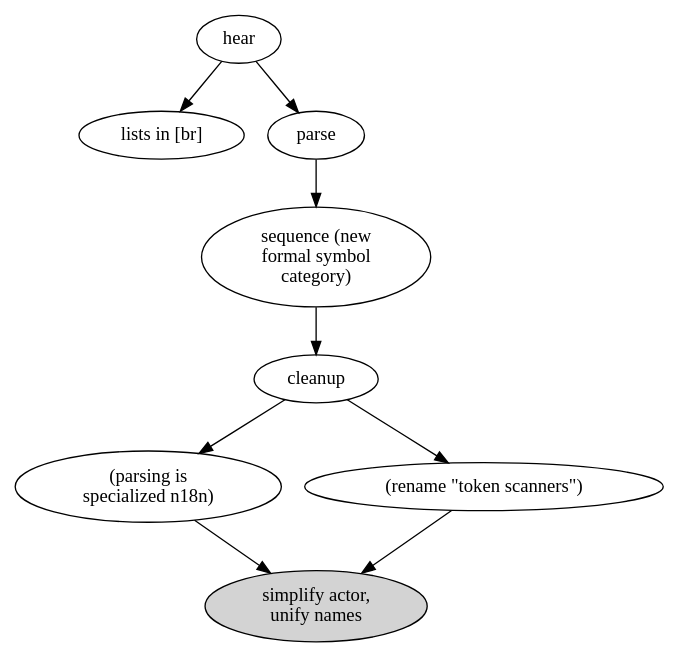
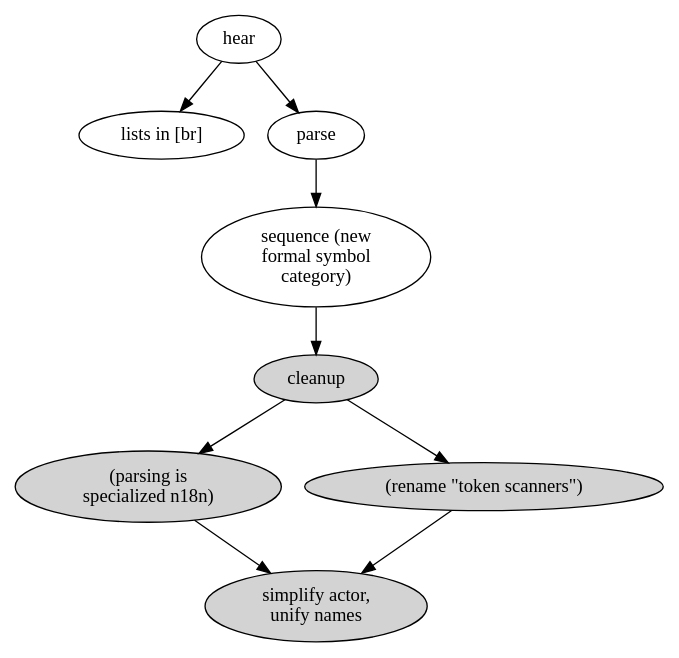
One commit to hipe/tmx changed the diagram in doc/the-big-picture-of-now-03.dot. Above: the diagram before and after it, drawn with Graphviz. The commit also changed 26 other files, not shown here.

```diff
--- a/doc/the-big-picture-of-now-03.dot
+++ b/doc/the-big-picture-of-now-03.dot
@@ -1,24 +1,25 @@
 digraph {
 
 
   hear [label="hear"]
   lists [label="lists in [br]"]
   parse [label="parse"]
-  x1 [label="(parsing is\nspecialized n18n)"]
-  x2 [label="(rename \"token scanners\")"]
+  x1 [label="(parsing is\nspecialized n18n)" style=filled]
+  x2 [label="(rename \"token scanners\")" style=filled]
+  cleanup [style=filled]
   sequence [label="sequence (new\nformal symbol\ncategory)"]
   x4 [label="simplify actor,\nunify names" style=filled ]
 
   hear->lists
   hear->parse
   parse->sequence
   sequence->cleanup
   cleanup->x1
   cleanup->x2
 
   x1->x4
   x2->x4
 
 
   # that one color of blue: fillcolor="#b5d5fb" style=filled
 }
```
